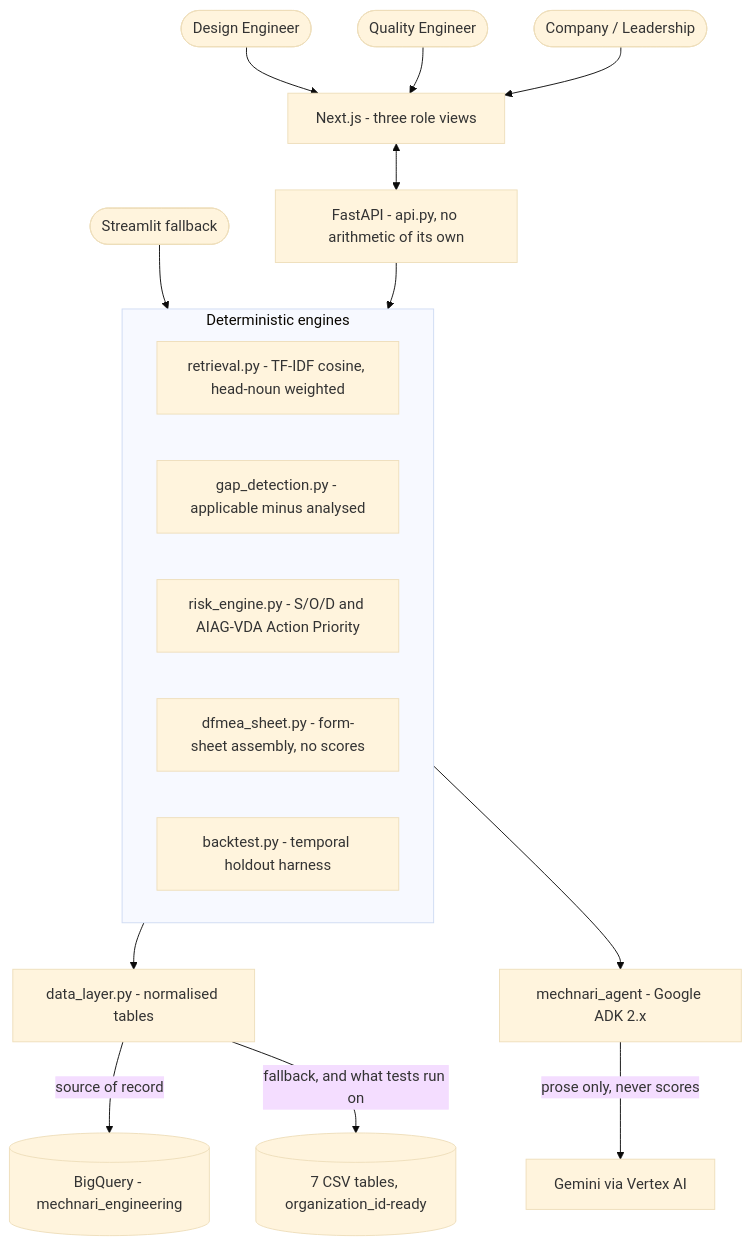
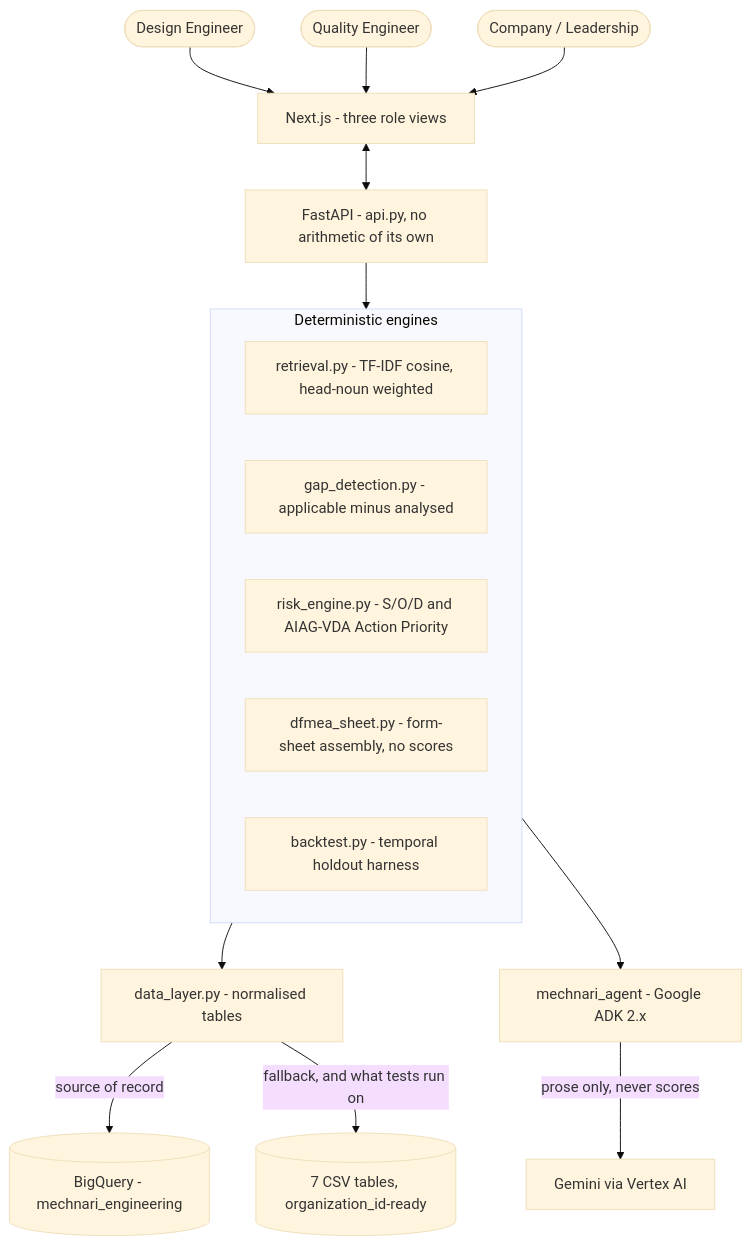
The diagram in docs/architecture.md (niharika021/Mechnari-ai), drawn with Mermaid (base theme) before and after one commit. The commit also changed other lines of this file and 16 other files, not shown here.

First line of the commit message:
refactor: remove the Streamlit fallback

````diff
--- a/docs/architecture.md
+++ b/docs/architecture.md
@@ -5,23 +5,22 @@
 ```mermaid
 graph TD
     DE([Design Engineer]) --> WEB[Next.js - three role views]
     QE([Quality Engineer]) --> WEB
     CO([Company / Leadership]) --> WEB
     WEB <--> API[FastAPI - api.py, no arithmetic of its own]
-    ST([Streamlit fallback]) --> ENG
     API --> ENG
 
     subgraph ENG[Deterministic engines]
         RET[retrieval.py - TF-IDF cosine, head-noun weighted]
         GAP[gap_detection.py - applicable minus analysed]
         RISK[risk_engine.py - S/O/D and AIAG-VDA Action Priority]
         SHEET[dfmea_sheet.py - form-sheet assembly, no scores]
         BT[backtest.py - temporal holdout harness]
     end
 
     ENG --> DL[data_layer.py - normalised tables]
     DL -->|source of record| BQ[(BigQuery - mechnari_engineering)]
     DL -->|fallback, and what tests run on| CSV[(7 CSV tables, organization_id-ready)]
     ENG --> ADK[mechnari_agent - Google ADK 2.x]
     ADK -->|prose only, never scores| GEM[Gemini via Vertex AI]
 ```
````
